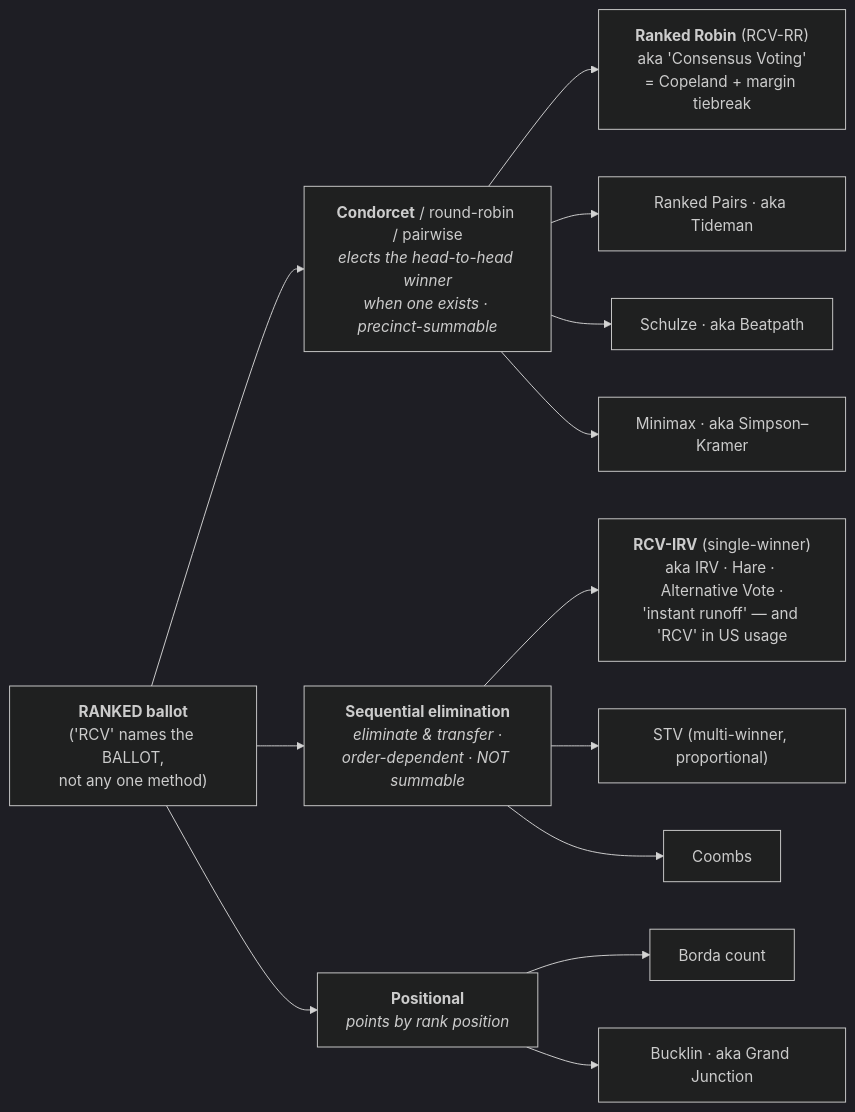
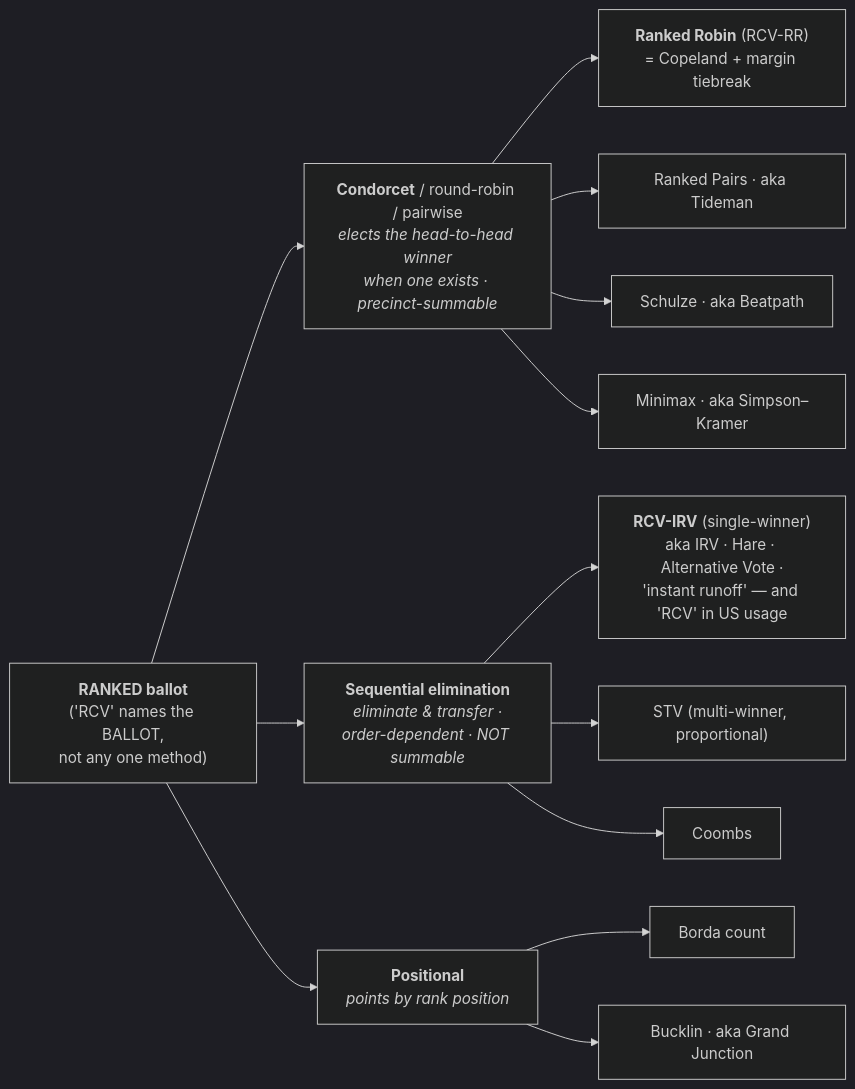
Before and after one commit to masiarek/star-voting-library: the diagram in 07_Concepts/tips/TIPS_terminology.md, drawn with Mermaid (dark theme). The commit also changed other lines of this file and 15 other files, not shown here.

First line of the commit message:
Retract "Consensus Voting" — an alias this library could not source

````diff
--- a/07_Concepts/tips/TIPS_terminology.md
+++ b/07_Concepts/tips/TIPS_terminology.md
@@ -21,21 +21,21 @@
 ```mermaid
 flowchart LR
     %% LR, not TD: the 9 leaves stack vertically, keeping the diagram ~3 node-columns
     %% wide — a TD layout is ~2000px wide and gets shrunk to unreadable on the site.
     R["<b>RANKED ballot</b><br/>('RCV' names the BALLOT,<br/>not any one method)"]
     R --> COND["<b>Condorcet</b> / round-robin / pairwise<br/><i>elects the head-to-head winner<br/>when one exists · precinct-summable</i>"]
     R --> ELIM["<b>Sequential elimination</b><br/><i>eliminate &amp; transfer ·<br/>order-dependent · NOT summable</i>"]
     R --> POS["<b>Positional</b><br/><i>points by rank position</i>"]
 
-    COND --> RR["<b>Ranked Robin</b> (RCV-RR)<br/>aka 'Consensus Voting'<br/>= Copeland + margin tiebreak"]
+    COND --> RR["<b>Ranked Robin</b> (RCV-RR)<br/>= Copeland + margin tiebreak"]
     COND --> RP["Ranked Pairs · aka Tideman"]
     COND --> SZ["Schulze · aka Beatpath"]
     COND --> MM["Minimax · aka Simpson–Kramer"]
 
     ELIM --> IRV["<b>RCV-IRV</b> (single-winner)<br/>aka IRV · Hare · Alternative Vote ·<br/>'instant runoff' — and 'RCV' in US usage"]
     ELIM --> STV["STV (multi-winner, proportional)"]
     ELIM --> CB["Coombs"]
 
     POS --> BO["Borda count"]
     POS --> BU["Bucklin · aka Grand Junction"]
 ```
````
